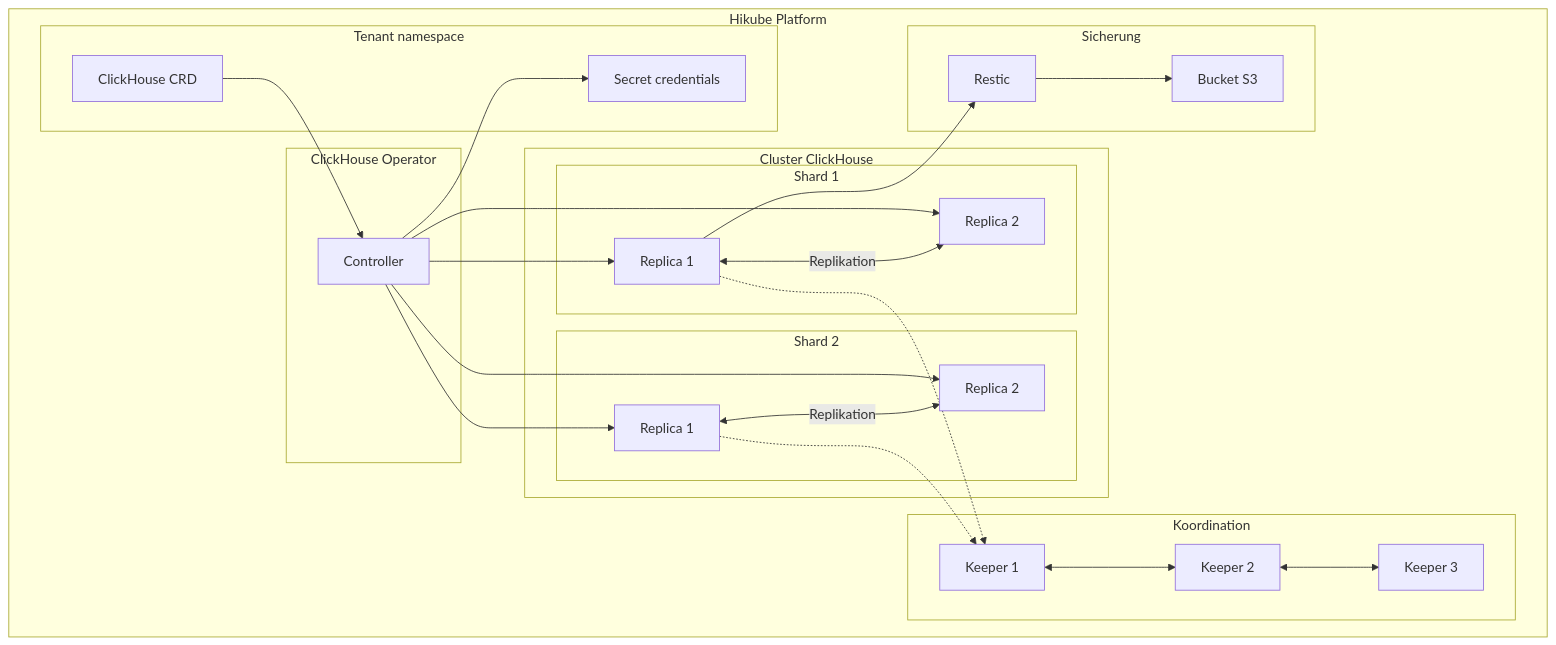
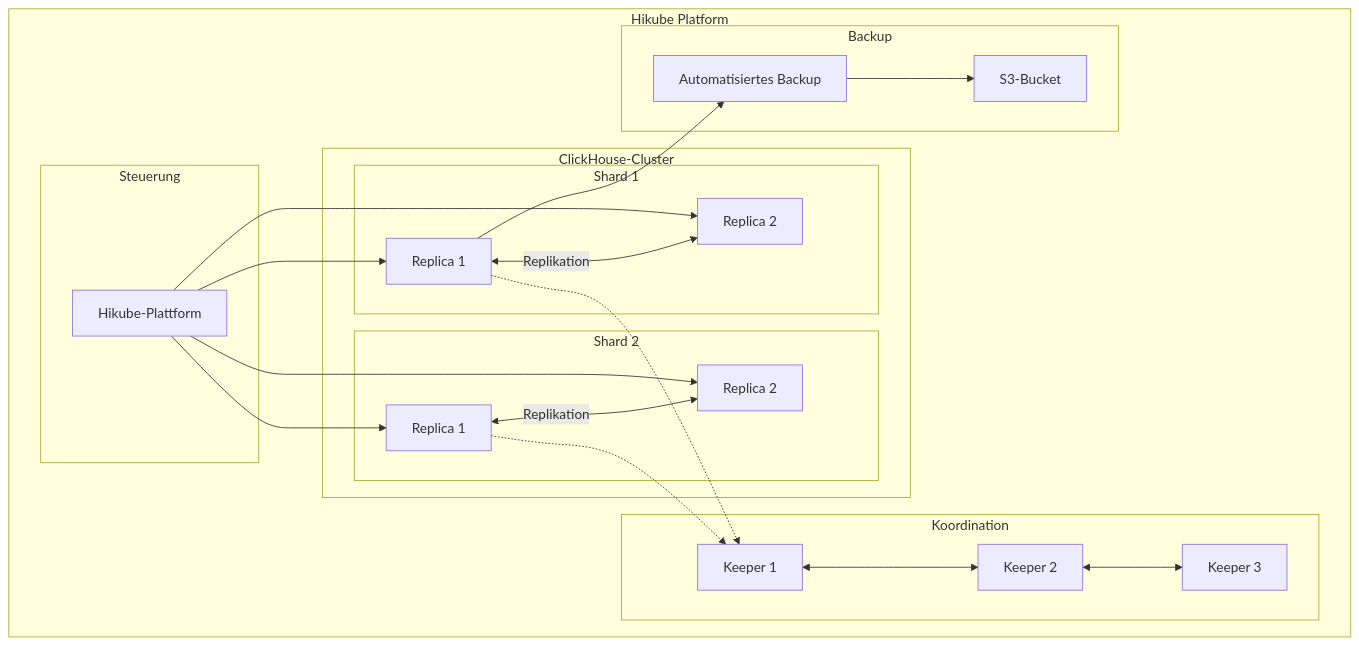
One commit to HidoraSwiss/hikube-public-doc changed the first of 2 diagrams in i18n/de/docusaurus-plugin-content-docs/current/services/databases/clickhouse/concepts.md. Above: the diagram before and after it, drawn with Mermaid. The commit also changed other lines of this file and 148 other files, not shown here.

````diff
--- a/i18n/de/docusaurus-plugin-content-docs/current/services/databases/clickhouse/concepts.md
+++ b/i18n/de/docusaurus-plugin-content-docs/current/services/databases/clickhouse/concepts.md
@@ -12,50 +17,43 @@
 ```mermaid
 graph TB
     subgraph "Hikube Platform"
-        subgraph "Tenant namespace"
-            CR[ClickHouse CRD]
-            SEC[Secret credentials]
+        subgraph "Steuerung"
+            OP[Hikube-Plattform]
         end
 
-        subgraph "ClickHouse Operator"
-            OP[Controller]
-        end
-
-        subgraph "Cluster ClickHouse"
+        subgraph "ClickHouse-Cluster"
             subgraph "Shard 1"
                 S1R1[Replica 1]
                 S1R2[Replica 2]
             end
             subgraph "Shard 2"
                 S2R1[Replica 1]
                 S2R2[Replica 2]
             end
         end
 
         subgraph "Koordination"
             K1[Keeper 1]
             K2[Keeper 2]
             K3[Keeper 3]
         end
 
-        subgraph "Sicherung"
-            S3[Bucket S3]
-            RES[Restic]
+        subgraph "Backup"
+            S3[S3-Bucket]
+            RES[Automatisiertes Backup]
         end
     end
 
-    CR --> OP
     OP --> S1R1
     OP --> S1R2
     OP --> S2R1
     OP --> S2R2
     S1R1 <-->|Replikation| S1R2
     S2R1 <-->|Replikation| S2R2
     K1 <--> K2
     K2 <--> K3
     S1R1 -.-> K1
     S2R1 -.-> K1
-    OP --> SEC
     S1R1 --> RES
     RES --> S3
 ```
````
